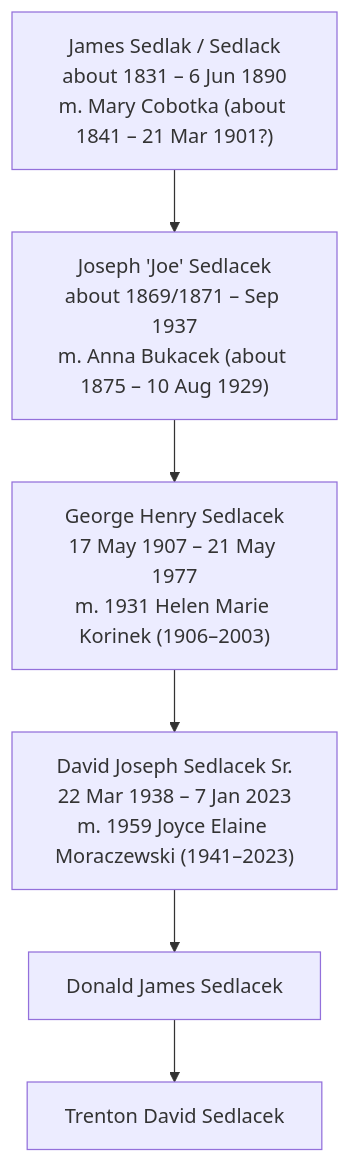
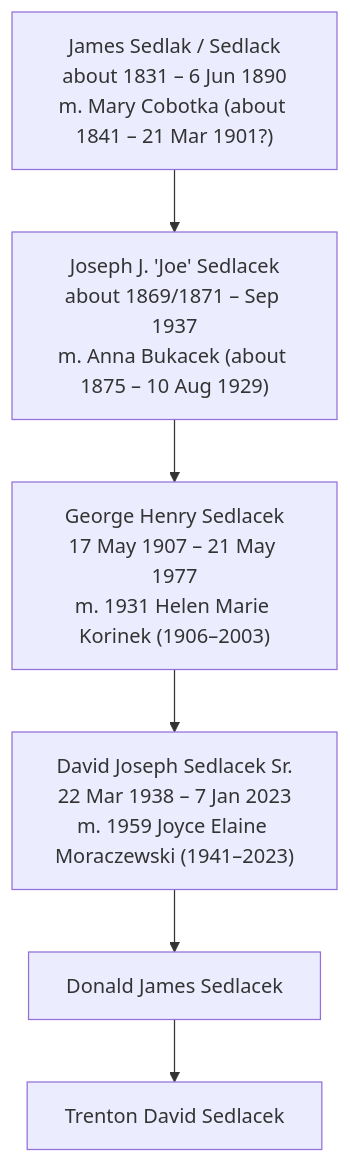
The diagram in PATRILINEAL_LINE.md (TrentonSedlacek/Ancestry), drawn with Mermaid before and after one commit. The commit also changed other lines of this file, not shown here.

First line of the commit message:
Add Nebraska marriage index findings for Joseph J. Sedlacek's sons

````diff
--- a/PATRILINEAL_LINE.md
+++ b/PATRILINEAL_LINE.md
@@ -5,10 +5,10 @@
 ```mermaid
 flowchart TD
     G1["James Sedlak / Sedlack<br/>about 1831 – 6 Jun 1890<br/>m. Mary Cobotka (about 1841 – 21 Mar 1901?)"]
-    G2["Joseph 'Joe' Sedlacek<br/>about 1869/1871 – Sep 1937<br/>m. Anna Bukacek (about 1875 – 10 Aug 1929)"]
+    G2["Joseph J. 'Joe' Sedlacek<br/>about 1869/1871 – Sep 1937<br/>m. Anna Bukacek (about 1875 – 10 Aug 1929)"]
     G3["George Henry Sedlacek<br/>17 May 1907 – 21 May 1977<br/>m. 1931 Helen Marie Korinek (1906–2003)"]
     G4["David Joseph Sedlacek Sr.<br/>22 Mar 1938 – 7 Jan 2023<br/>m. 1959 Joyce Elaine Moraczewski (1941–2023)"]
     G5["Donald James Sedlacek"]
     G6["Trenton David Sedlacek"]
     G1 --> G2 --> G3 --> G4 --> G5 --> G6
 ```
````
